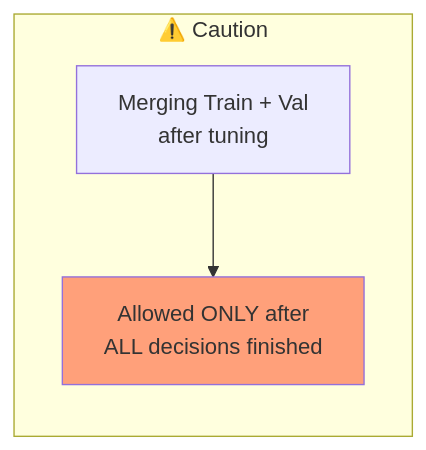
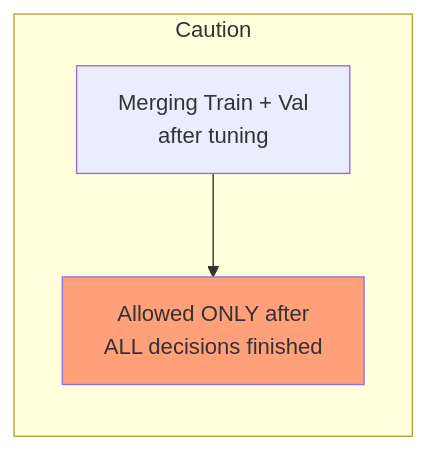
Diagram 20 of 28 in AI/Non Academic/Machine Learning/02. Foundations of Machine Learning.md (Vtheonly/Obsidian_Notes), drawn with Mermaid before and after one commit. The commit also changed other lines of this file and 148 other files, not shown here.

````diff
--- a/AI/Non Academic/Machine Learning/02. Foundations of Machine Learning.md
+++ b/AI/Non Academic/Machine Learning/02. Foundations of Machine Learning.md
@@ -646,11 +646,11 @@
 ```mermaid
 flowchart LR
-    subgraph Caution["⚠️ Caution"]
+    subgraph Caution[" Caution"]
         C1["Merging Train + Val<br/>after tuning"]
         C2["Allowed ONLY after<br/>ALL decisions finished"]
     end
     
     C1 --> C2
     
     style C2 fill:#FFA07A
 ```
````
